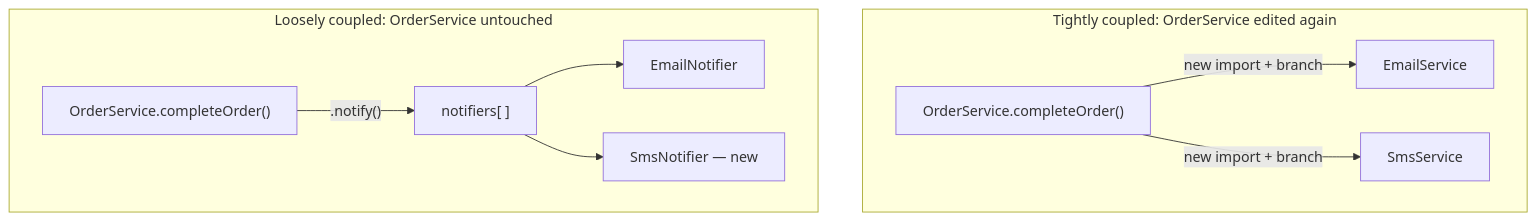
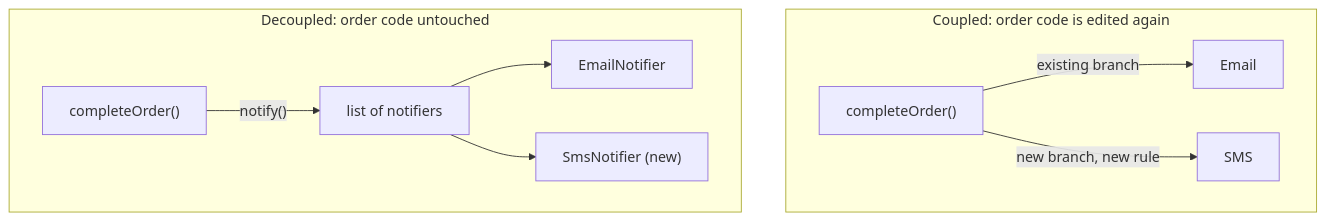
The diagram in src/content/software-design/cost-design/L3-deep-dive.mdx (francoandreDev/knowledge), drawn with Mermaid before and after one commit. The commit also changed other lines of this file and 20 other files, not shown here.

````diff
--- a/src/content/software-design/cost-design/L3-deep-dive.mdx
+++ b/src/content/software-design/cost-design/L3-deep-dive.mdx
@@ -26,12 +42,12 @@
 ```mermaid
 flowchart TD
-    subgraph Coupled["Tightly coupled: OrderService edited again"]
-        OS1["OrderService.completeOrder()"] -->|"new import + branch"| ES1["EmailService"]
-        OS1 -->|"new import + branch"| SS1["SmsService"]
+    subgraph Coupled["Coupled: order code is edited again"]
+        OS1["completeOrder()"] -->|"existing branch"| ES1["Email"]
+        OS1 -->|"new branch, new rule"| SS1["SMS"]
     end
-    subgraph Decoupled["Loosely coupled: OrderService untouched"]
-        OS2["OrderService.completeOrder()"] -->|".notify()"| N["notifiers[ ]"]
+    subgraph Decoupled["Decoupled: order code untouched"]
+        OS2["completeOrder()"] -->|"notify()"| N["list of notifiers"]
         N --> EN["EmailNotifier"]
-        N --> SN["SmsNotifier — new"]
+        N --> SN["SmsNotifier (new)"]
     end
 ```
````
